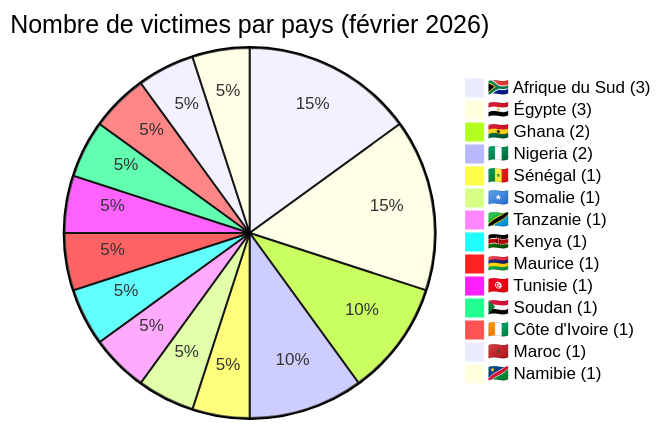
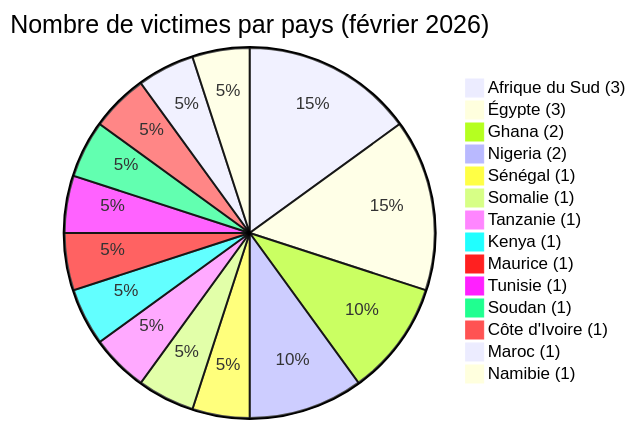
The first of 3 diagrams in CyberAttackAfrica/2026/02-february/README_FR.md (Hatchepsoute/AFRINTEL), drawn with Mermaid before and after one commit. The commit also changed other lines of this file and 11 other files, not shown here.

First line of the commit message:
fix: remove all emojis from Mermaid labels in Jan-Jun 2026 reports

````diff
--- a/CyberAttackAfrica/2026/02-february/README_FR.md
+++ b/CyberAttackAfrica/2026/02-february/README_FR.md
@@ -60,18 +60,18 @@
 ```mermaid
 pie
-    title Nombre de victimes par pays (février 2026)
-    "🇿🇦 Afrique du Sud (3)" : 3
-    "🇪🇬 Égypte (3)" : 3
-    "🇬🇭 Ghana (2)" : 2
-    "🇳🇬 Nigeria (2)" : 2
-    "🇸🇳 Sénégal (1)" : 1
-    "🇸🇴 Somalie (1)" : 1
-    "🇹🇿 Tanzanie (1)" : 1
-    "🇰🇪 Kenya (1)" : 1
-    "🇲🇺 Maurice (1)" : 1
-    "🇹🇳 Tunisie (1)" : 1
-    "🇸🇩 Soudan (1)" : 1
-    "🇨🇮 Côte d'Ivoire (1)" : 1
-    "🇲🇦 Maroc (1)" : 1
-    "🇳🇦 Namibie (1)" : 1
+ title Nombre de victimes par pays (février 2026)
+ "Afrique du Sud (3)" : 3
+ "Égypte (3)" : 3
+ "Ghana (2)" : 2
+ "Nigeria (2)" : 2
+ "Sénégal (1)" : 1
+ "Somalie (1)" : 1
+ "Tanzanie (1)" : 1
+ "Kenya (1)" : 1
+ "Maurice (1)" : 1
+ "Tunisie (1)" : 1
+ "Soudan (1)" : 1
+ "Côte d'Ivoire (1)" : 1
+ "Maroc (1)" : 1
+ "Namibie (1)" : 1
 ```
````
